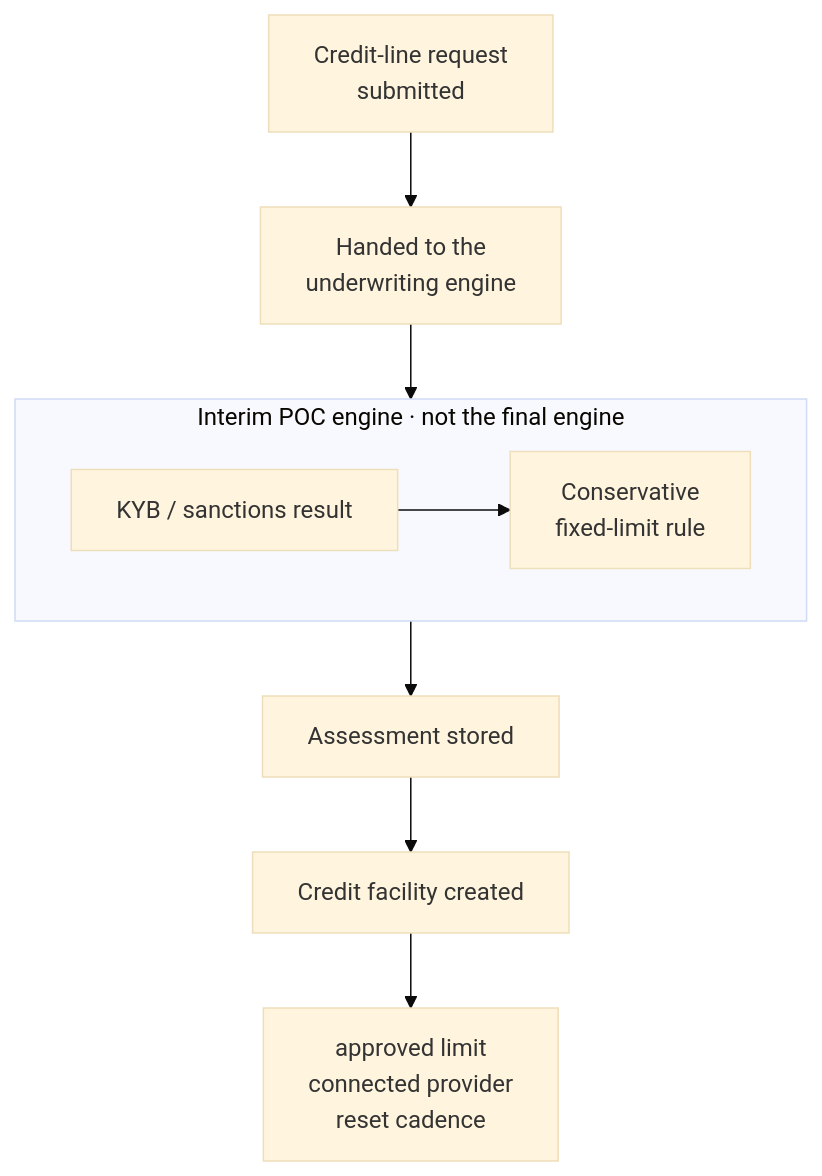
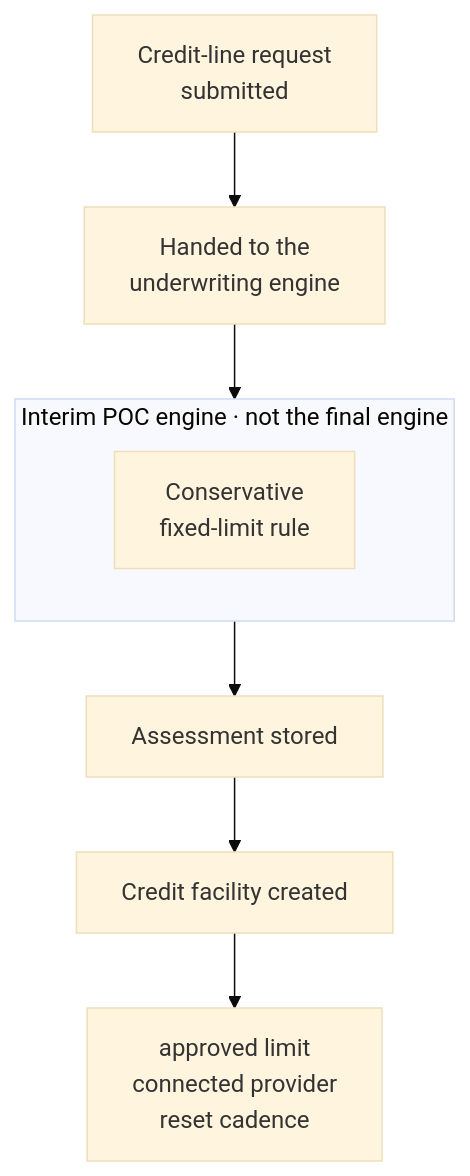
Before and after one commit to Samisha68/Float_website: the third of 3 diagrams in src/docs/content/proof-of-concept.mdx, drawn with Mermaid (base theme). The commit also changed other lines of this file and 3 other files, not shown here.

````diff
--- a/src/docs/content/proof-of-concept.mdx
+++ b/src/docs/content/proof-of-concept.mdx
@@ -102,12 +85,11 @@
 ```mermaid
 flowchart TB
   A["Credit-line request<br/>submitted"] --> B["Handed to the<br/>underwriting engine"]
   subgraph POC["Interim POC engine · not the final engine"]
-    direction LR
-    K["KYB / sanctions result"] --> R["Conservative<br/>fixed-limit rule"]
+    R["Conservative<br/>fixed-limit rule"]
   end
   B --> POC
   POC --> S["Assessment stored"]
   S --> C["Credit facility created"]
   C --> F["approved limit<br/>connected provider<br/>reset cadence"]
 ```
````
